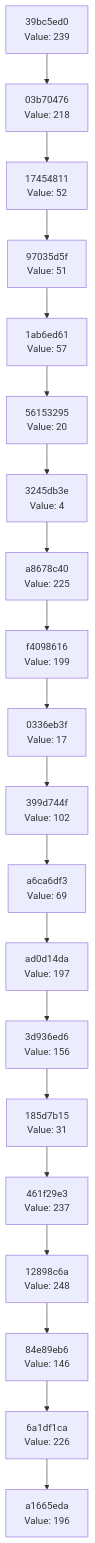
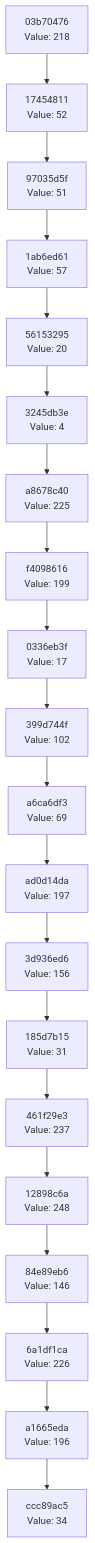
One commit to Abhisheksinha1506/hash-chain-evolver changed the diagram in docs/CHAIN_VISUALIZATION.md. Above: the diagram before and after it, drawn with Mermaid. The commit also changed 3 other files, not shown here.

````diff
--- a/docs/CHAIN_VISUALIZATION.md
+++ b/docs/CHAIN_VISUALIZATION.md
@@ -3,42 +3,42 @@
 ```mermaid
 graph TD
-    C0["a1665eda<br/>Value: 196"]
-    C1["6a1df1ca<br/>Value: 226"]
+    C0["ccc89ac5<br/>Value: 34"]
+    C1["a1665eda<br/>Value: 196"]
     C1 --> C0
-    C2["84e89eb6<br/>Value: 146"]
+    C2["6a1df1ca<br/>Value: 226"]
     C2 --> C1
-    C3["12898c6a<br/>Value: 248"]
+    C3["84e89eb6<br/>Value: 146"]
     C3 --> C2
-    C4["461f29e3<br/>Value: 237"]
+    C4["12898c6a<br/>Value: 248"]
     C4 --> C3
-    C5["185d7b15<br/>Value: 31"]
+    C5["461f29e3<br/>Value: 237"]
     C5 --> C4
-    C6["3d936ed6<br/>Value: 156"]
+    C6["185d7b15<br/>Value: 31"]
     C6 --> C5
-    C7["ad0d14da<br/>Value: 197"]
+    C7["3d936ed6<br/>Value: 156"]
     C7 --> C6
-    C8["a6ca6df3<br/>Value: 69"]
+    C8["ad0d14da<br/>Value: 197"]
     C8 --> C7
-    C9["399d744f<br/>Value: 102"]
+    C9["a6ca6df3<br/>Value: 69"]
     C9 --> C8
-    C10["0336eb3f<br/>Value: 17"]
+    C10["399d744f<br/>Value: 102"]
     C10 --> C9
-    C11["f4098616<br/>Value: 199"]
+    C11["0336eb3f<br/>Value: 17"]
     C11 --> C10
-    C12["a8678c40<br/>Value: 225"]
+    C12["f4098616<br/>Value: 199"]
     C12 --> C11
-    C13["3245db3e<br/>Value: 4"]
+    C13["a8678c40<br/>Value: 225"]
     C13 --> C12
-    C14["56153295<br/>Value: 20"]
+    C14["3245db3e<br/>Value: 4"]
     C14 --> C13
-    C15["1ab6ed61<br/>Value: 57"]
+    C15["56153295<br/>Value: 20"]
     C15 --> C14
-    C16["97035d5f<br/>Value: 51"]
+    C16["1ab6ed61<br/>Value: 57"]
     C16 --> C15
-    C17["17454811<br/>Value: 52"]
+    C17["97035d5f<br/>Value: 51"]
     C17 --> C16
-    C18["03b70476<br/>Value: 218"]
+    C18["17454811<br/>Value: 52"]
     C18 --> C17
-    C19["39bc5ed0<br/>Value: 239"]
+    C19["03b70476<br/>Value: 218"]
     C19 --> C18
 ```
````
